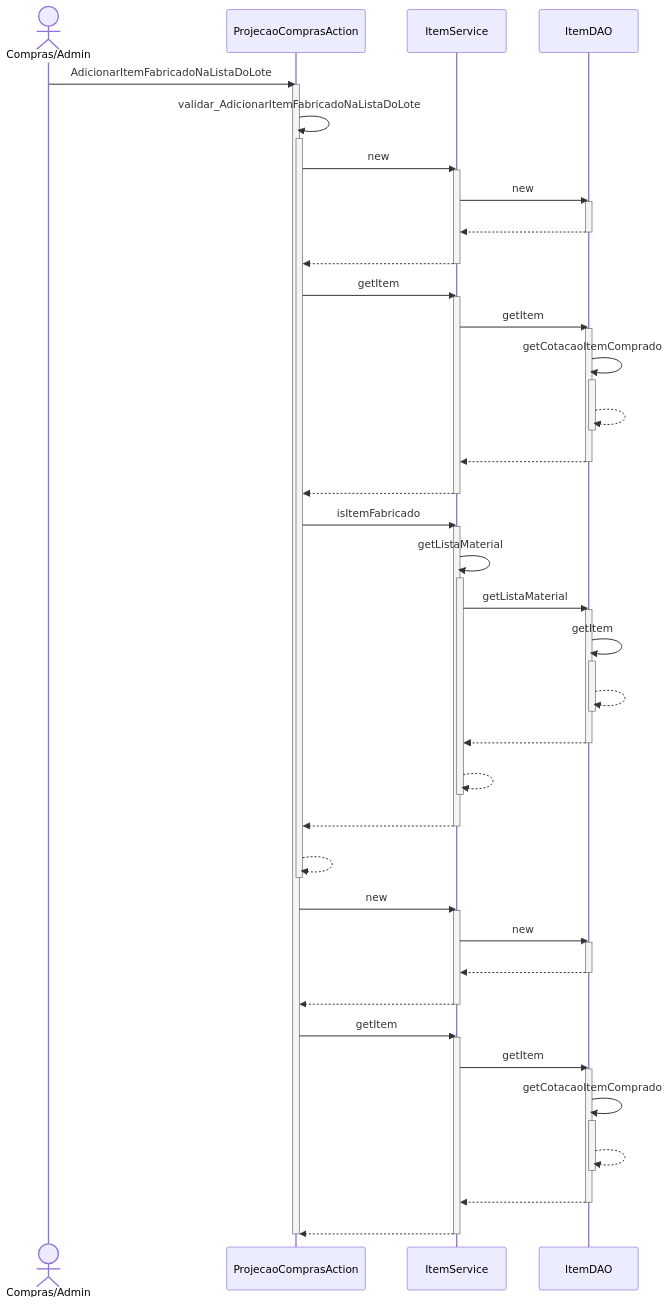
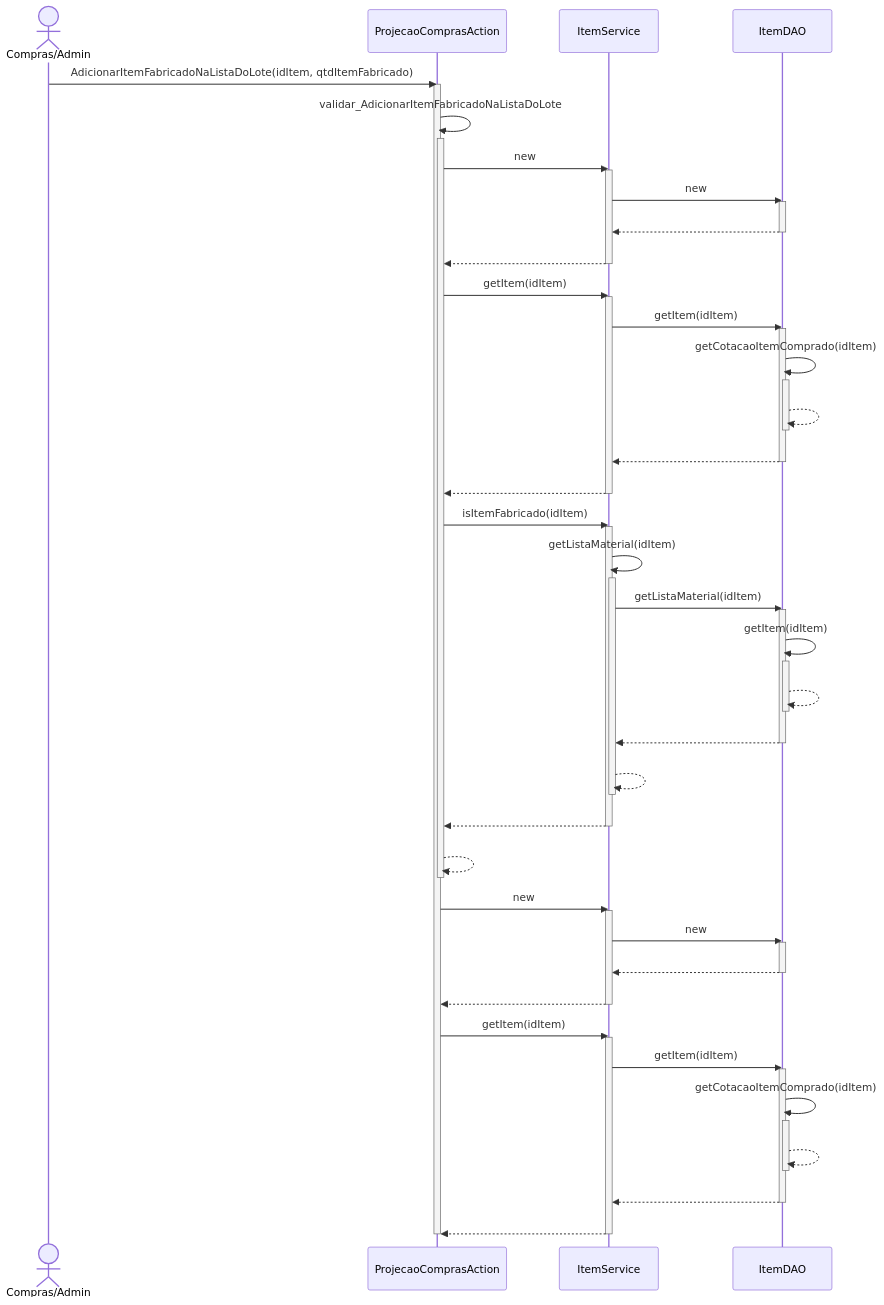
The diagram in DiagramaSequencia/Novo Diagrama Sequencia/Movimentacao/ProjecaoComprasAction_AdicionarItemFabricadoNaListaDoLote.mmd (branqsMRP/SequenceDiagram), drawn with Mermaid before and after one commit. The commit also changed 5 other files, not shown here.

```diff
--- a/DiagramaSequencia/Novo Diagrama Sequencia/Movimentacao/ProjecaoComprasAction_AdicionarItemFabricadoNaListaDoLote.mmd
+++ b/DiagramaSequencia/Novo Diagrama Sequencia/Movimentacao/ProjecaoComprasAction_AdicionarItemFabricadoNaListaDoLote.mmd
@@ -1,65 +1,65 @@
 sequenceDiagram
 actor CA as Compras/Admin
-CA ->> ProjecaoComprasAction : AdicionarItemFabricadoNaListaDoLote
+CA ->> ProjecaoComprasAction : AdicionarItemFabricadoNaListaDoLote(idItem, qtdItemFabricado)
 activate ProjecaoComprasAction
 ProjecaoComprasAction ->> ProjecaoComprasAction : validar_AdicionarItemFabricadoNaListaDoLote
 activate ProjecaoComprasAction
 ProjecaoComprasAction ->> ItemService : new
 activate ItemService
 ItemService ->> ItemDAO : new
 activate ItemDAO
 ItemDAO -->> ItemService : #32; 
 deactivate ItemDAO
 ItemService -->> ProjecaoComprasAction : #32; 
 deactivate ItemService
-ProjecaoComprasAction ->> ItemService : getItem
+ProjecaoComprasAction ->> ItemService : getItem(idItem)
 activate ItemService
-ItemService ->> ItemDAO : getItem
+ItemService ->> ItemDAO : getItem(idItem)
 activate ItemDAO
-ItemDAO ->> ItemDAO : getCotacaoItemComprado
+ItemDAO ->> ItemDAO : getCotacaoItemComprado(idItem)
 activate ItemDAO
 ItemDAO -->> ItemDAO : #32; 
 deactivate ItemDAO
 ItemDAO -->> ItemService : #32; 
 deactivate ItemDAO
 ItemService -->> ProjecaoComprasAction : #32; 
 deactivate ItemService
-ProjecaoComprasAction ->> ItemService : isItemFabricado
+ProjecaoComprasAction ->> ItemService : isItemFabricado(idItem)
 activate ItemService
-ItemService ->> ItemService : getListaMaterial
+ItemService ->> ItemService : getListaMaterial(idItem)
 activate ItemService
-ItemService ->> ItemDAO : getListaMaterial
+ItemService ->> ItemDAO : getListaMaterial(idItem)
 activate ItemDAO
-ItemDAO ->> ItemDAO : getItem
+ItemDAO ->> ItemDAO : getItem(idItem)
 activate ItemDAO
 ItemDAO -->> ItemDAO : #32; 
 deactivate ItemDAO
 ItemDAO -->> ItemService : #32; 
 deactivate ItemDAO
 ItemService -->> ItemService : #32; 
 deactivate ItemService
 ItemService -->> ProjecaoComprasAction : #32; 
 deactivate ItemService
 ProjecaoComprasAction -->> ProjecaoComprasAction : #32; 
 deactivate ProjecaoComprasAction
 ProjecaoComprasAction ->> ItemService : new
 activate ItemService
 ItemService ->> ItemDAO : new
 activate ItemDAO
 ItemDAO -->> ItemService : #32; 
 deactivate ItemDAO
 ItemService -->> ProjecaoComprasAction : #32; 
 deactivate ItemService
-ProjecaoComprasAction ->> ItemService : getItem
+ProjecaoComprasAction ->> ItemService : getItem(idItem)
 activate ItemService
-ItemService ->> ItemDAO : getItem
+ItemService ->> ItemDAO : getItem(idItem)
 activate ItemDAO
-ItemDAO ->> ItemDAO : getCotacaoItemComprado
+ItemDAO ->> ItemDAO : getCotacaoItemComprado(idItem)
 activate ItemDAO
 ItemDAO -->> ItemDAO : #32; 
 deactivate ItemDAO
 ItemDAO -->> ItemService : #32; 
 deactivate ItemDAO
 ItemService -->> ProjecaoComprasAction : #32; 
 deactivate ItemService
 deactivate ProjecaoComprasAction
```
